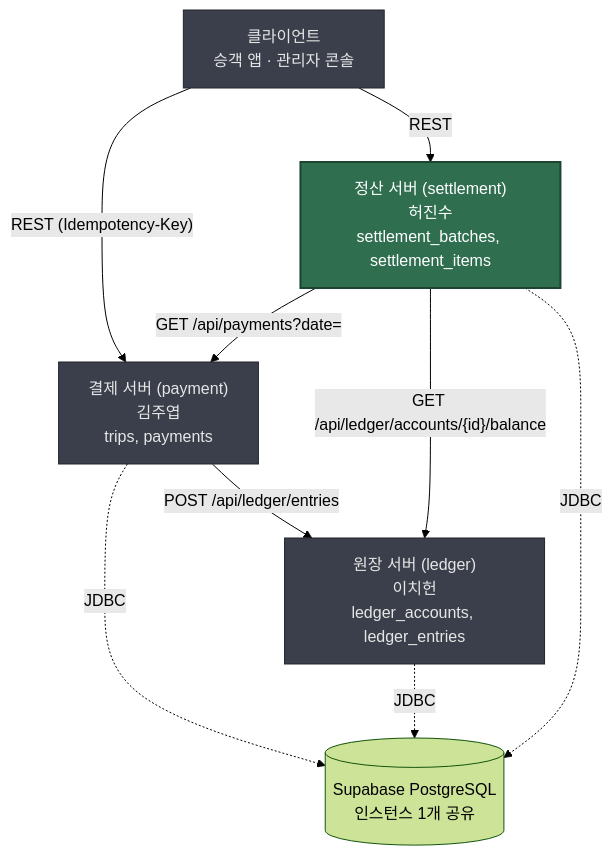
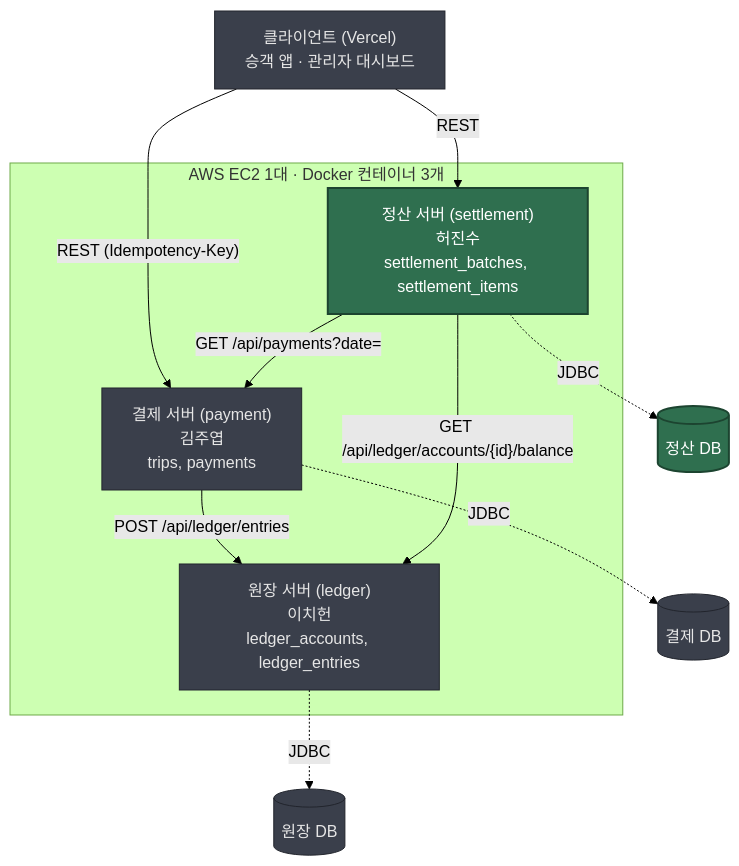
The diagram in docs/01-requirements-statement/01-overview.md (Easy-ADJ/driver-settlement-system), drawn with Mermaid (forest theme) before and after one commit. The commit also changed other lines of this file and 26 other files, not shown here.

````diff
--- a/docs/01-requirements-statement/01-overview.md
+++ b/docs/01-requirements-statement/01-overview.md
@@ -59,22 +64,28 @@
 ```mermaid
 flowchart TB
-    client["클라이언트<br/>승객 앱 · 관리자 콘솔"]
-    pay["결제 서버 (payment)<br/>김주엽<br/>trips, payments"]
-    led["원장 서버 (ledger)<br/>이치헌<br/>ledger_accounts, ledger_entries"]
-    set["정산 서버 (settlement)<br/>허진수<br/>settlement_batches, settlement_items"]
-    db[("Supabase PostgreSQL<br/>인스턴스 1개 공유")]
+    client["클라이언트 (Vercel)<br/>승객 앱 · 관리자 대시보드"]
+
+    subgraph ec2["AWS EC2 1대 · Docker 컨테이너 3개"]
+        pay["결제 서버 (payment)<br/>김주엽<br/>trips, payments"]
+        led["원장 서버 (ledger)<br/>이치헌<br/>ledger_accounts, ledger_entries"]
+        set["정산 서버 (settlement)<br/>허진수<br/>settlement_batches, settlement_items"]
+    end
+
+    payDb[("결제 DB")]
+    ledDb[("원장 DB")]
+    setDb[("정산 DB")]
 
     client -->|"REST (Idempotency-Key)"| pay
     client -->|REST| set
     pay -->|"POST /api/ledger/entries"| led
     set -->|"GET /api/payments?date="| pay
     set -->|"GET /api/ledger/accounts/{id}/balance"| led
-    pay -.->|JDBC| db
-    led -.->|JDBC| db
-    set -.->|JDBC| db
+    pay -.->|JDBC| payDb
+    led -.->|JDBC| ledDb
+    set -.->|JDBC| setDb
 
     classDef target fill:#2f6f4f,stroke:#1c4430,color:#ffffff,stroke-width:2px;
     classDef ext fill:#3a3f4b,stroke:#22252d,color:#e6e6e6;
-    class set target;
-    class pay,led,client ext;
+    class set,setDb target;
+    class pay,led,client,payDb,ledDb ext;
 ```
````
